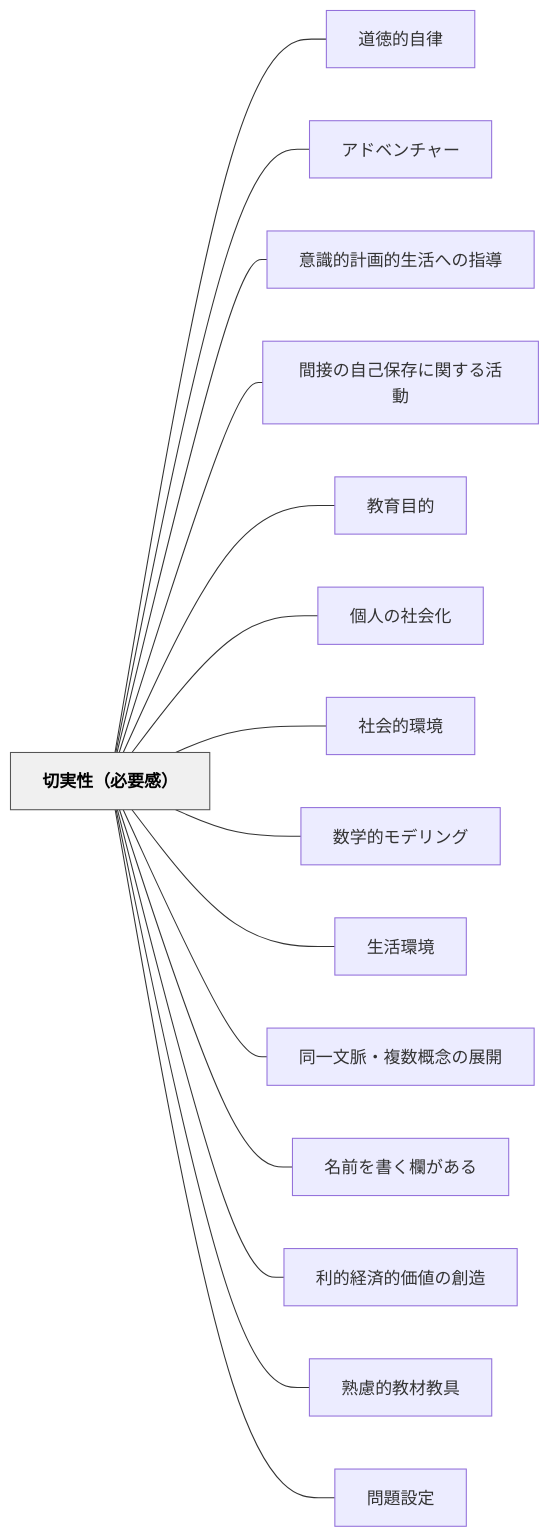
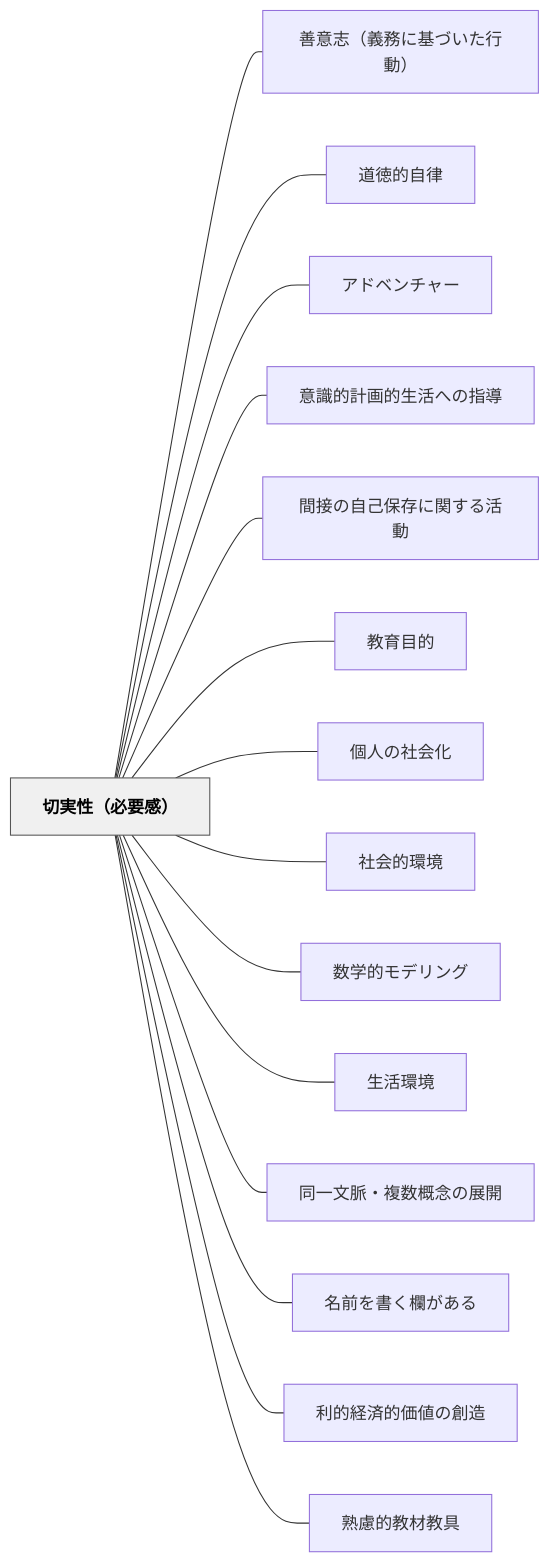
Before and after one commit to unknownthings-ed-patterns/unknownthings-ed-patterns: the diagram in content/パタン/切実性（必要感）.md, drawn with Mermaid. The commit also changed other lines of this file and 18 other files, not shown here.

````diff
--- a/content/パタン/切実性（必要感）.md
+++ b/content/パタン/切実性（必要感）.md
@@ -81,36 +82,36 @@
 ```mermaid
 flowchart LR
     ne58887e5ae9fe680a7efbc88e5bf85e8a681e6849fefbc89["切実性（必要感）"]
+    ne59684e6848fe5bf97efbc88e7bea9e58b99e381abe59fbae381a5e38184e3819fe8a18ce58b95efbc89["善意志（義務に基づいた行動）"]
     ne98193e5beb3e79a84e887aae5be8b["道徳的自律"]
     ne382a2e38389e38399e383b3e38381e383a3e383bc["アドベンチャー"]
     ne6848fe8ad98e79a84e8a888e794bbe79a84e7949fe6b4bbe381b8e381aee68c87e5b08e["意識的計画的生活への指導"]
     ne99693e68ea5e381aee887aae5b7b1e4bf9de5ad98e381abe996a2e38199e3828be6b4bbe58b95["間接の自己保存に関する活動"]
     ne69599e882b2e79baee79a84["教育目的"]
     ne5808be4babae381aee7a4bee4bc9ae58c96["個人の社会化"]
     ne7a4bee4bc9ae79a84e792b0e5a283["社会的環境"]
     ne695b0e5ada6e79a84e383a2e38387e383aae383b3e382b0["数学的モデリング"]
     ne7949fe6b4bbe792b0e5a283["生活環境"]
     ne5908ce4b880e69687e88488e383bbe8a487e695b0e6a682e5bfb5e381aee5b195e9968b["同一文脈・複数概念の展開"]
     ne5908de5898de38292e69bb8e3818fe6ac84e3818ce38182e3828b["名前を書く欄がある"]
     ne588a9e79a84e7b58ce6b888e79a84e4bea1e580a4e381aee589b5e980a0["利的経済的価値の創造"]
     ne7869fe685aee79a84e69599e69d90e69599e585b7["熟慮的教材教具"]
-    ne5958fe9a18ce8a8ade5ae9a["問題設定"]
 
+    ne58887e5ae9fe680a7efbc88e5bf85e8a681e6849fefbc89 --- ne59684e6848fe5bf97efbc88e7bea9e58b99e381abe59fbae381a5e38184e3819fe8a18ce58b95efbc89
     ne58887e5ae9fe680a7efbc88e5bf85e8a681e6849fefbc89 --- ne98193e5beb3e79a84e887aae5be8b
     ne58887e5ae9fe680a7efbc88e5bf85e8a681e6849fefbc89 --- ne382a2e38389e38399e383b3e38381e383a3e383bc
     ne58887e5ae9fe680a7efbc88e5bf85e8a681e6849fefbc89 --- ne6848fe8ad98e79a84e8a888e794bbe79a84e7949fe6b4bbe381b8e381aee68c87e5b08e
     ne58887e5ae9fe680a7efbc88e5bf85e8a681e6849fefbc89 --- ne99693e68ea5e381aee887aae5b7b1e4bf9de5ad98e381abe996a2e38199e3828be6b4bbe58b95
     ne58887e5ae9fe680a7efbc88e5bf85e8a681e6849fefbc89 --- ne69599e882b2e79baee79a84
     ne58887e5ae9fe680a7efbc88e5bf85e8a681e6849fefbc89 --- ne5808be4babae381aee7a4bee4bc9ae58c96
     ne58887e5ae9fe680a7efbc88e5bf85e8a681e6849fefbc89 --- ne7a4bee4bc9ae79a84e792b0e5a283
     ne58887e5ae9fe680a7efbc88e5bf85e8a681e6849fefbc89 --- ne695b0e5ada6e79a84e383a2e38387e383aae383b3e382b0
     ne58887e5ae9fe680a7efbc88e5bf85e8a681e6849fefbc89 --- ne7949fe6b4bbe792b0e5a283
     ne58887e5ae9fe680a7efbc88e5bf85e8a681e6849fefbc89 --- ne5908ce4b880e69687e88488e383bbe8a487e695b0e6a682e5bfb5e381aee5b195e9968b
     ne58887e5ae9fe680a7efbc88e5bf85e8a681e6849fefbc89 --- ne5908de5898de38292e69bb8e3818fe6ac84e3818ce38182e3828b
     ne58887e5ae9fe680a7efbc88e5bf85e8a681e6849fefbc89 --- ne588a9e79a84e7b58ce6b888e79a84e4bea1e580a4e381aee589b5e980a0
     ne58887e5ae9fe680a7efbc88e5bf85e8a681e6849fefbc89 --- ne7869fe685aee79a84e69599e69d90e69599e585b7
-    ne58887e5ae9fe680a7efbc88e5bf85e8a681e6849fefbc89 --- ne5958fe9a18ce8a8ade5ae9a
 
     classDef hub fill:#f0f0f0,stroke:#555,color:#000,font-weight:bold
     class ne58887e5ae9fe680a7efbc88e5bf85e8a681e6849fefbc89 hub
 ```
````
